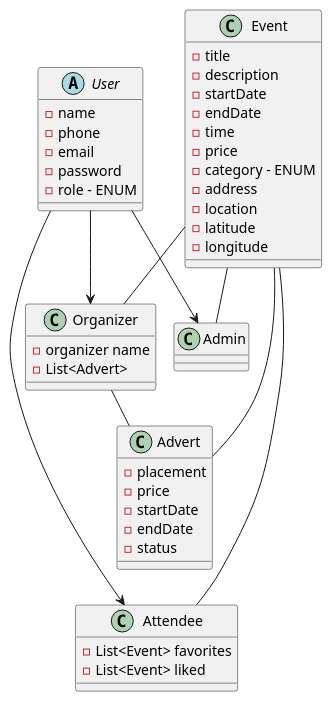
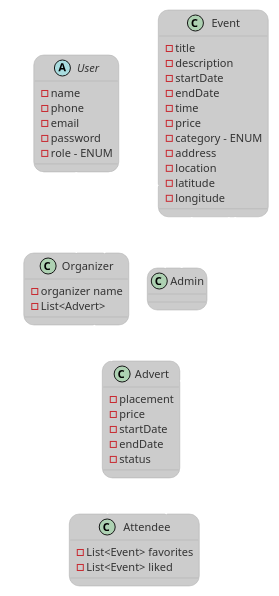
Before and after one commit to Tajan92/seeCphBackendAPI: the diagram in docs/domainModel.puml, drawn with PlantUML. The commit also changed 4 other files, not shown here.

```diff
--- a/docs/domainModel.puml
+++ b/docs/domainModel.puml
@@ -1,52 +1,62 @@
 @startuml
 !pragma layout smetana
 'https://plantuml.com/class-diagram
-
+!theme reddress-lightblue
+skinparam backgroundColor none
+skinparam ArrowColor white
+skinparam ArrowThickness 2
+skinparam roundcorner 20
+skinparam ArrowFontColor White
+skinparam ArrowFontSize 18
+skinparam package {
+BackgroundColor grey
+BorderColor darkgrey
+}
 abstract class User{
 - name
 - phone
 - email
 - password
 - role - ENUM
 }
 class Organizer{
 - organizer name
 - List<Advert>
 
 }
 class Admin{}
 class Attendee{
 - List<Event> favorites
 - List<Event> liked
 }
 User --> Organizer
 User --> Admin
 User --> Attendee
 
 class Event {
 - title
 - description
 - startDate
 - endDate
 - time
 - price
 - category - ENUM
 - address
 - location
 - latitude
 - longitude
 }
 Event ---- Attendee
 Event -- Admin
 Event -- Organizer
 Event -- Advert
 
 class Advert{
 - placement
 - price
 - startDate
 - endDate
 - status
 }
 Organizer -- Advert
 @enduml
```
